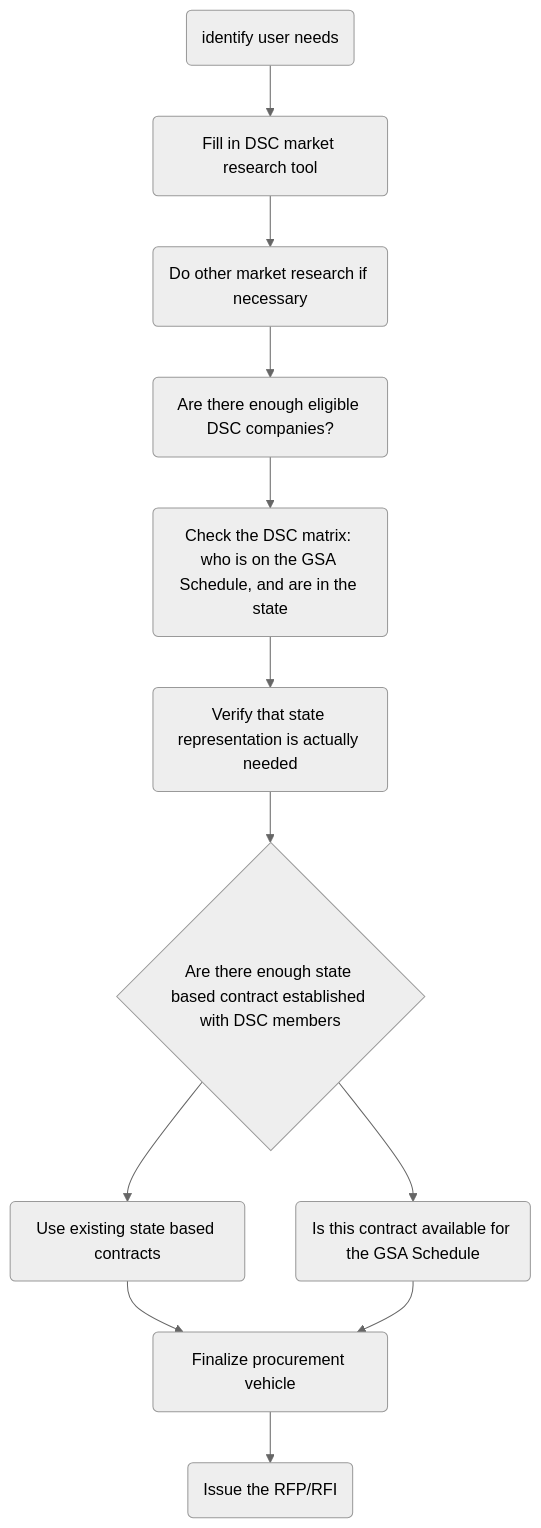
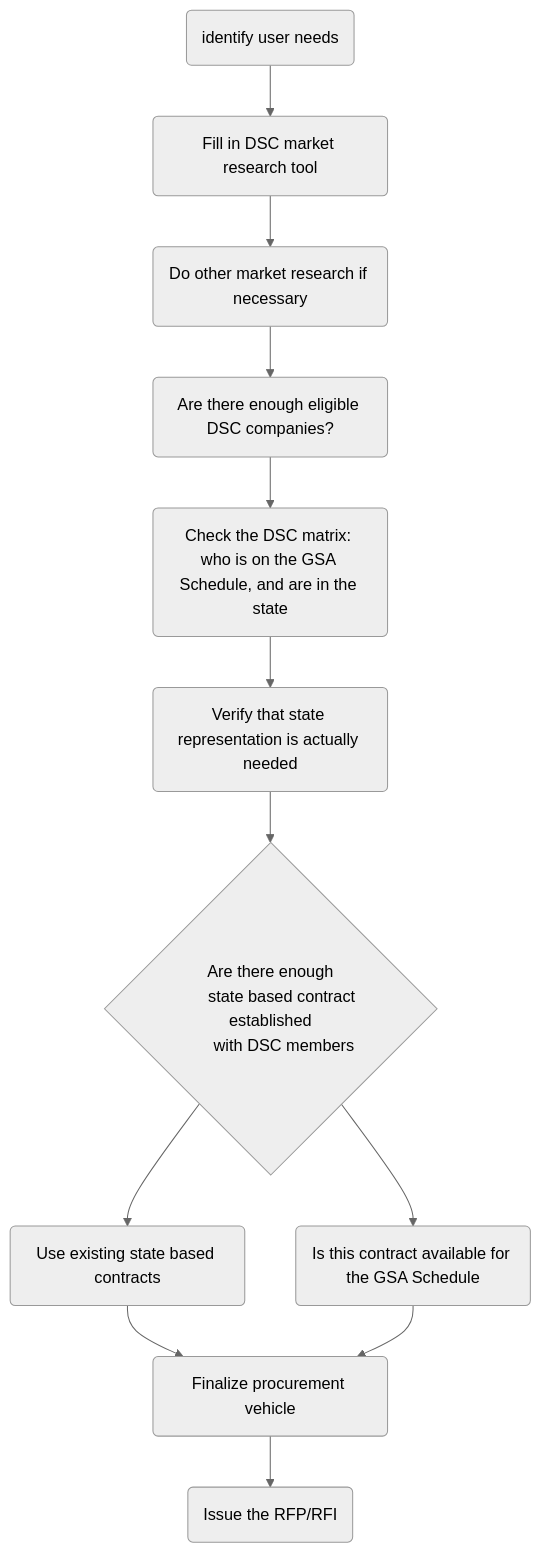
Before and after one commit to mgifford/mermaid-graphs: the diagram in dsc-decision-tree.md, drawn with Mermaid (neutral theme).

````diff
--- a/dsc-decision-tree.md
+++ b/dsc-decision-tree.md
@@ -3,19 +3,21 @@
 ```mermaid
 graph TD
     UserNeeds(identify user needs)-->DSC_MR(Fill in DSC market research tool);
     DSC_MR-->More_MR(Do other market research if necessary);
 
     More_MR-->CompanyPool(Are there enough eligible DSC companies?);
     CompanyPool-->DSC_Matrix(Check the DSC matrix: who is on the GSA Schedule, and are in the state);
 
     DSC_Matrix-->StateRepresentation(Verify that state representation is actually needed);
-    StateRepresentation-->DSC_InState{Are there enough state based contract established with DSC members};
+    StateRepresentation-->DSC_InState{Are there enough
+      state based contract established
+      with DSC members};
 
     DSC_InState-->UseStateContract(Use existing state based contracts);
     DSC_InState-->Eligible4GSA_Schedule(Is this contract available for the GSA Schedule);
 
     UseStateContract-->ProcurementVehicle(Finalize procurement vehicle);
     Eligible4GSA_Schedule-->ProcurementVehicle;
 
     ProcurementVehicle-->IssueRFP(Issue the RFP/RFI);
 ```
````
